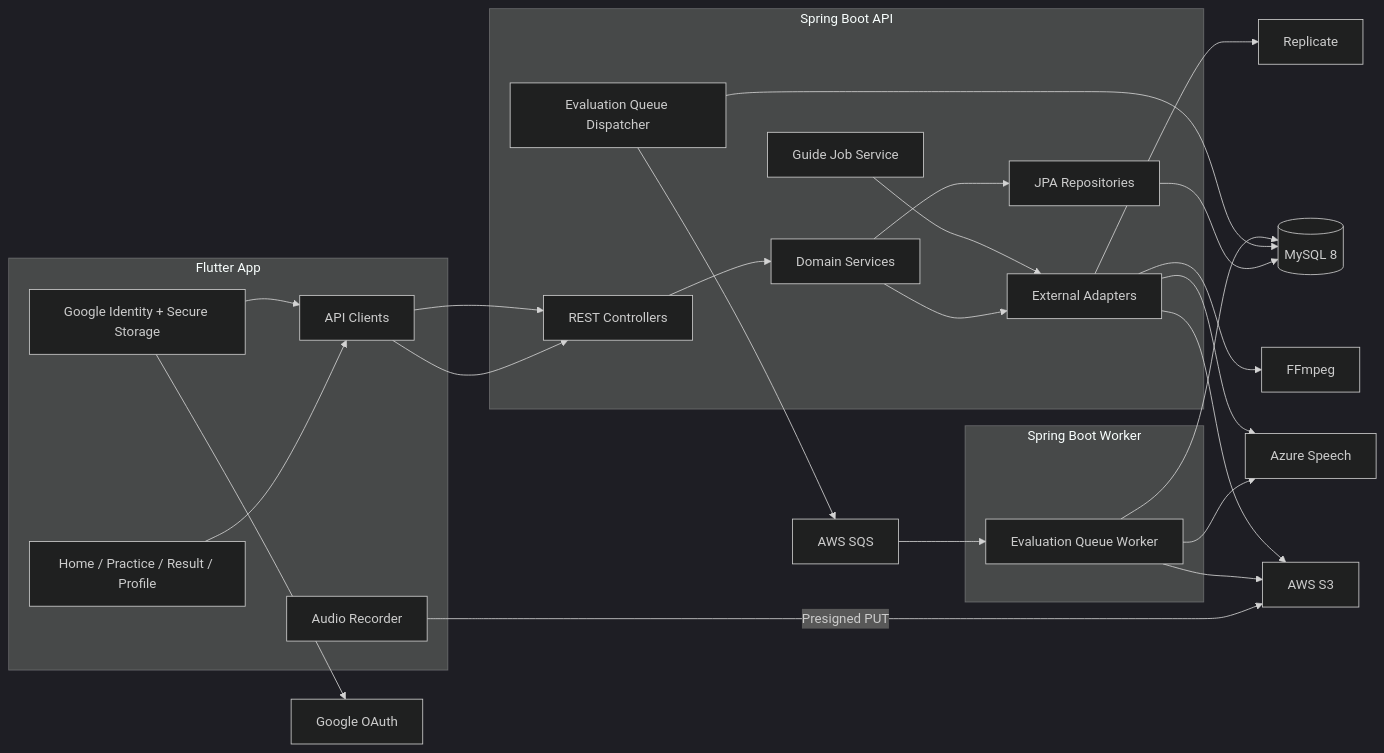
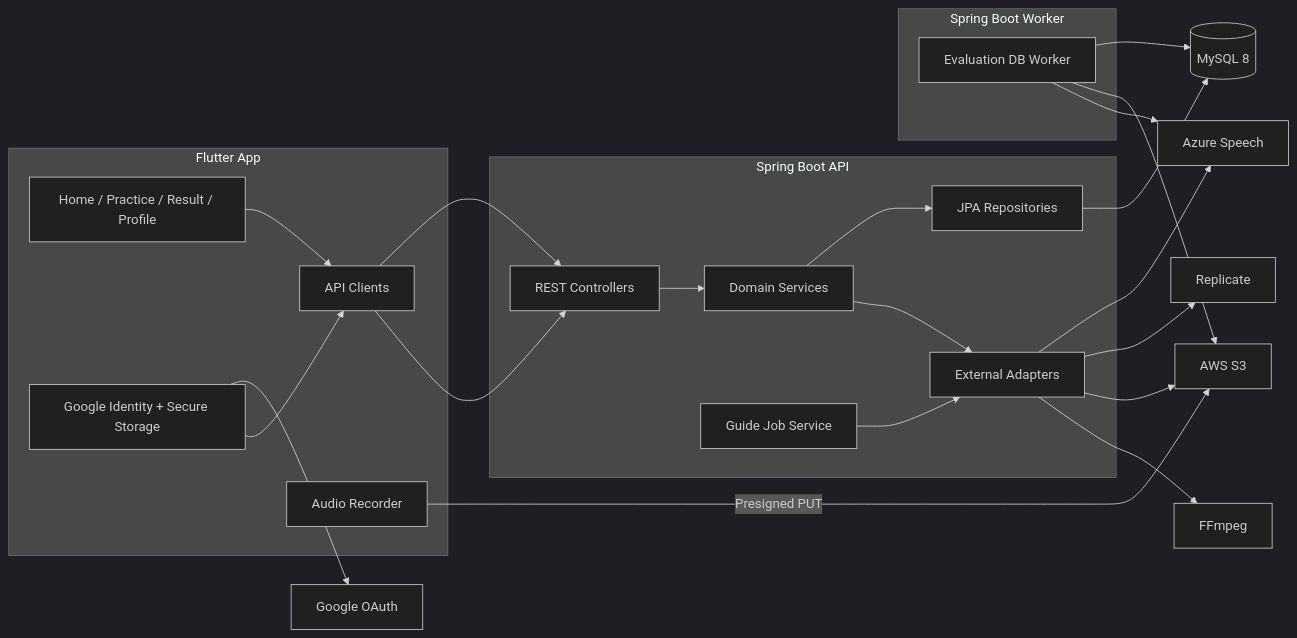
The diagram in docs/architecture/system-architecture.md (byeok99/LingKo), drawn with Mermaid (dark theme) before and after one commit. The commit also changed other lines of this file and 54 other files, not shown here.

Commit message:
refactor: replace SQS with independent DB worker

````diff
--- a/docs/architecture/system-architecture.md
+++ b/docs/architecture/system-architecture.md
@@ -5,48 +5,43 @@
 ```mermaid
 flowchart LR
     subgraph Mobile[Flutter App]
       UI[Home / Practice / Result / Profile]
       API[API Clients]
       AUTH[Google Identity + Secure Storage]
       REC[Audio Recorder]
     end
 
     subgraph APIBackend[Spring Boot API]
       CTRL[REST Controllers]
       DOM[Domain Services]
       JPA[JPA Repositories]
-      DISP[Evaluation Queue Dispatcher]
       JOB[Guide Job Service]
       EXT[External Adapters]
     end
 
     subgraph WorkerBackend[Spring Boot Worker]
-      EJOB[Evaluation Queue Worker]
+      EJOB[Evaluation DB Worker]
     end
 
     DB[(MySQL 8)]
-    SQS[AWS SQS]
     GOOGLE[Google OAuth]
     AZURE[Azure Speech]
     REP[Replicate]
     S3[AWS S3]
     FFMPEG[FFmpeg]
 
     UI --> API --> CTRL --> DOM --> JPA --> DB
     AUTH --> GOOGLE
     AUTH --> API
     REC -->|Presigned PUT| S3
     API --> CTRL
-    DISP --> DB
-    DISP --> SQS
-    SQS --> EJOB
     EJOB --> DB
     EJOB --> S3
     EJOB --> AZURE
     DOM --> EXT
     JOB --> EXT
     EXT --> AZURE
     EXT --> REP
     EXT --> S3
     EXT --> FFMPEG
 ```
````
